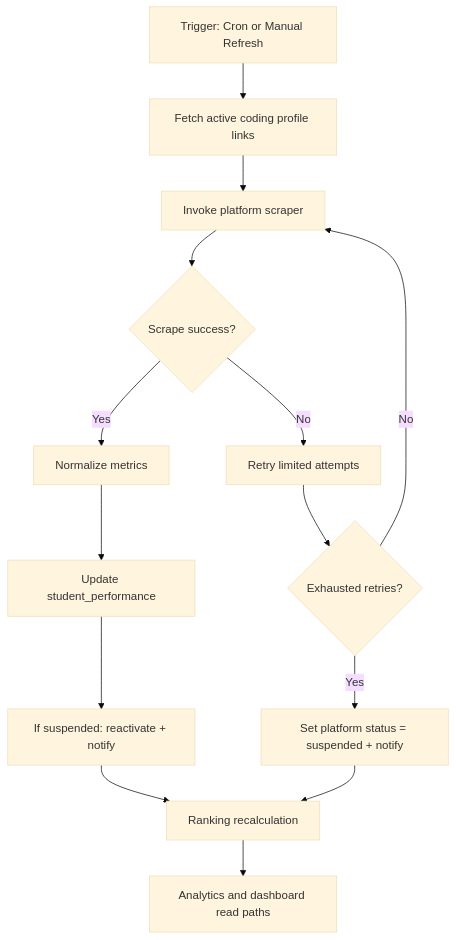
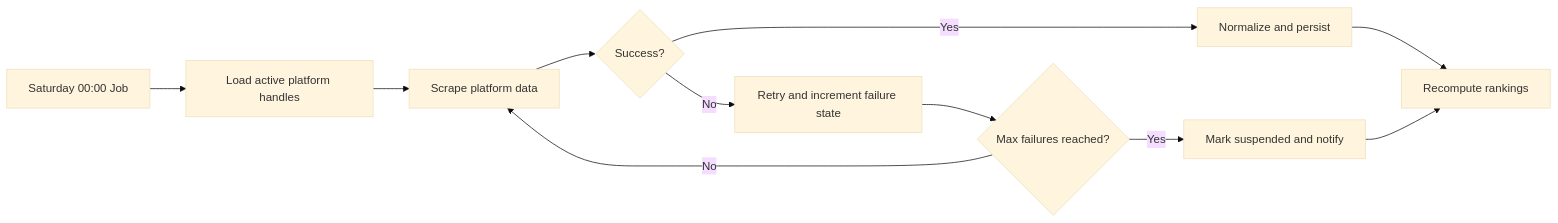
One commit to ramalokeshreddyp/code_to_win changed the sixth of 10 diagrams in architecture.md. Above: the diagram before and after it, drawn with Mermaid (base theme). The commit also changed other lines of this file and 35 other files, not shown here.

````diff
--- a/architecture.md
+++ b/architecture.md
@@ -135,18 +131,13 @@
 ```mermaid
-flowchart TD
-  T[Trigger: Cron or Manual Refresh] --> U[Fetch active coding profile links]
-  U --> V[Invoke platform scraper]
-  V --> W{Scrape success?}
-  W -->|Yes| X[Normalize metrics]
-  X --> Y[Update student_performance]
-  Y --> Z[If suspended: reactivate + notify]
-
-  W -->|No| R[Retry limited attempts]
-  R --> S{Exhausted retries?}
-  S -->|Yes| Q[Set platform status = suspended + notify]
-  S -->|No| V
-
-  Z --> N[Ranking recalculation]
-  Q --> N
-  N --> O[Analytics and dashboard read paths]
+flowchart LR
+  J1[Saturday 00:00 Job] --> P1[Load active platform handles]
+  P1 --> P2[Scrape platform data]
+  P2 --> P3{Success?}
+  P3 -->|Yes| P4[Normalize and persist]
+  P3 -->|No| P5[Retry and increment failure state]
+  P5 --> P6{Max failures reached?}
+  P6 -->|Yes| P7[Mark suspended and notify]
+  P6 -->|No| P2
+  P4 --> P8[Recompute rankings]
+  P7 --> P8
 ```
````
